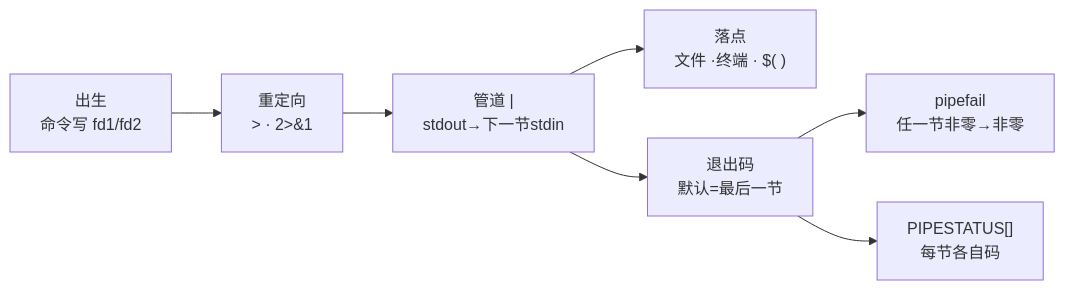
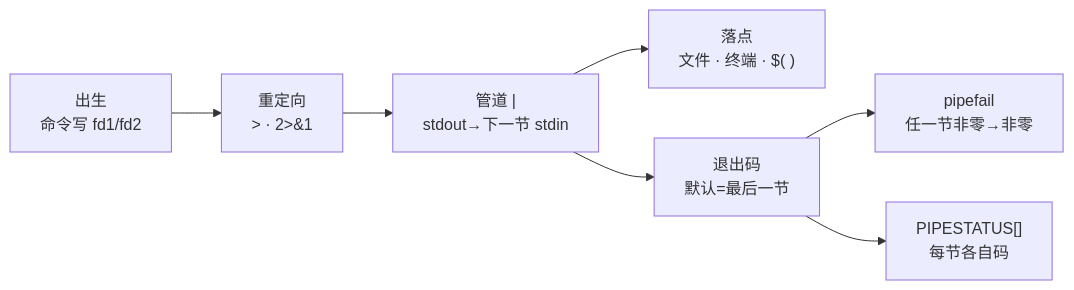
The first of 5 diagrams in 05-开发能力/01-Shell/06-管道重定向与PIPESTATUS/知识点.md (ml-cuizijun/LearnToLilith), drawn with Mermaid before and after one commit. The commit also changed other lines of this file and 178 other files, not shown here.

````diff
--- a/05-开发能力/01-Shell/06-管道重定向与PIPESTATUS/知识点.md
+++ b/05-开发能力/01-Shell/06-管道重定向与PIPESTATUS/知识点.md
@@ -54,9 +44,9 @@
 ```mermaid
 flowchart LR
     BORN["出生<br/>命令写 fd1/fd2"] --> REDIR["重定向<br/>> · 2>&1"]
-    REDIR --> PIPE["管道 |<br/>stdout→下一节stdin"]
-    PIPE --> SINK["落点<br/>文件 ·终端 · $( )"]
+    REDIR --> PIPE["管道 |<br/>stdout→下一节 stdin"]
+    PIPE --> SINK["落点<br/>文件 · 终端 · $( )"]
     PIPE --> CODE["退出码<br/>默认=最后一节"]
     CODE --> PF["pipefail<br/>任一节非零→非零"]
     CODE --> PS["PIPESTATUS[]<br/>每节各自码"]
 ```
````
